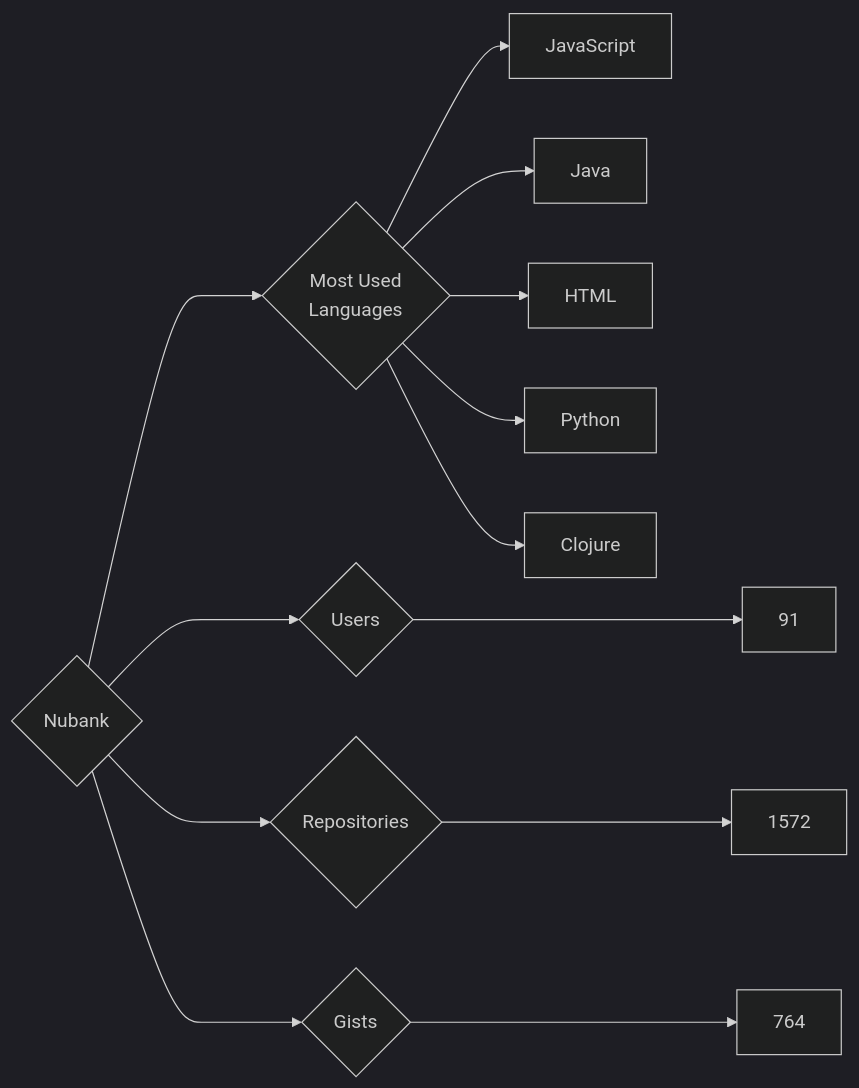
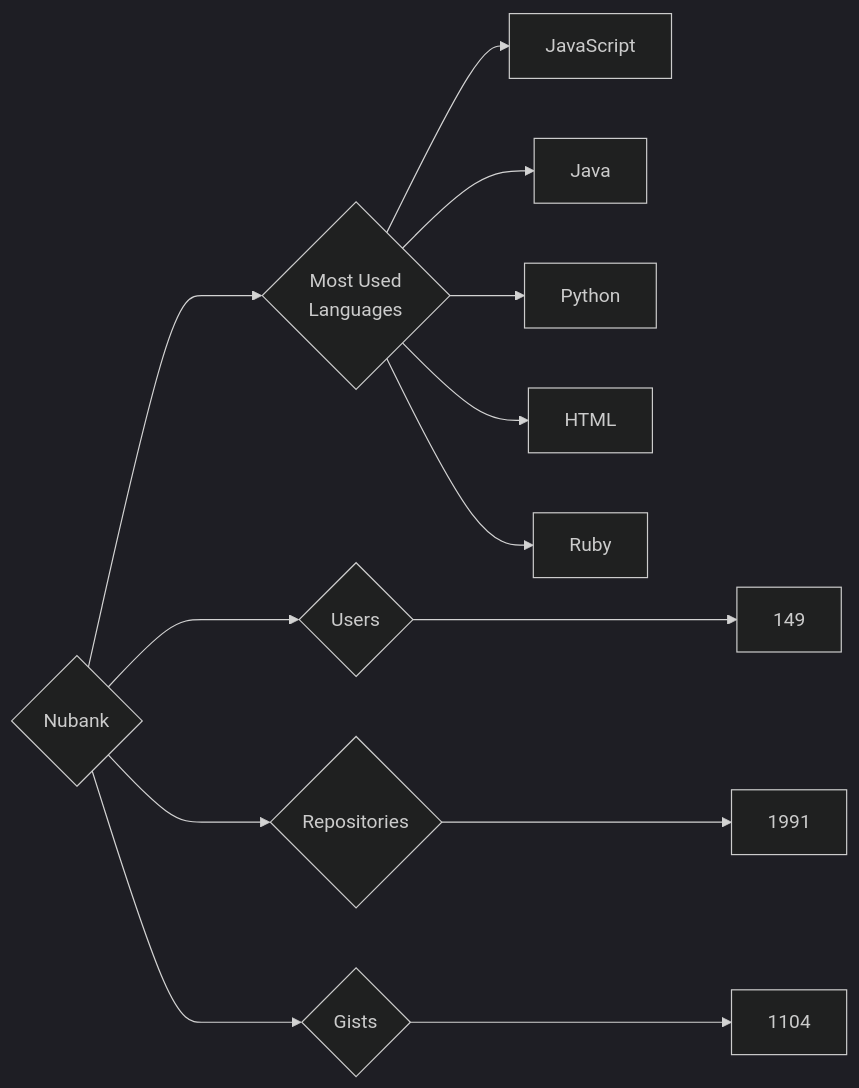
The diagram in targets/Nubank/README.md (trickest/insiders), drawn with Mermaid (dark theme) before and after one commit. The commit also changed 835 other files, not shown here.

````diff
--- a/targets/Nubank/README.md
+++ b/targets/Nubank/README.md
@@ -3,13 +3,13 @@
 ```mermaid
 graph LR
 COMPANY_NAME{Nubank}
-COMPANY_NAME ---> U{Users} ---> UN[91]
-COMPANY_NAME ---> R{Repositories} ---> RN[1572]
-COMPANY_NAME ---> G{Gists} ---> GN[764]
+COMPANY_NAME ---> U{Users} ---> UN[149]
+COMPANY_NAME ---> R{Repositories} ---> RN[1991]
+COMPANY_NAME ---> G{Gists} ---> GN[1104]
 COMPANY_NAME ---> ML{Most Used<br>Languages}
 ML --> JavaScript[JavaScript]
 ML --> Java[Java]
+ML --> Python[Python]
 ML --> HTML[HTML]
-ML --> Python[Python]
-ML --> Clojure[Clojure]
+ML --> Ruby[Ruby]
 ```
````
